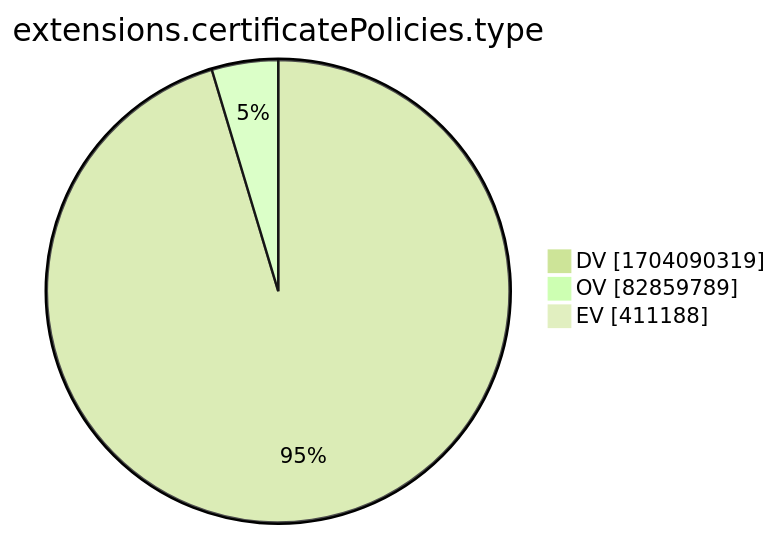
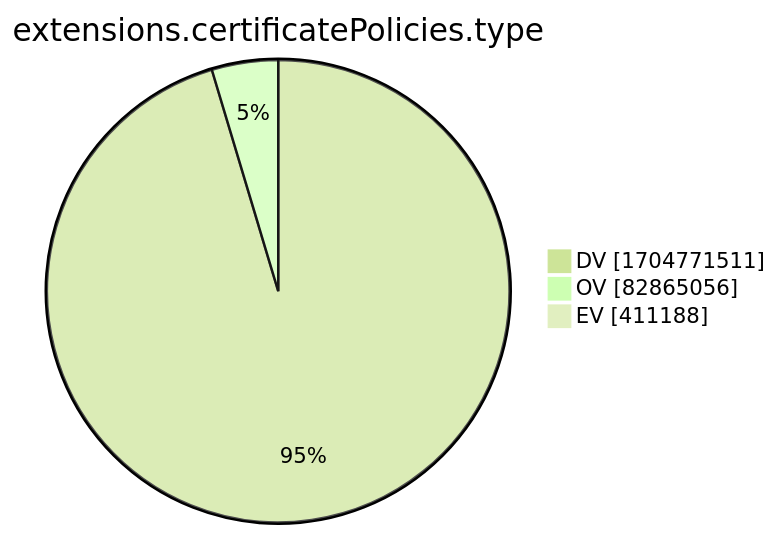
The tenth of 15 diagrams in xenon2022/README.md (christiankrug/ctmonitor_visualization), drawn with Mermaid (forest theme) before and after one commit. The commit also changed other lines of this file, not shown here.

````diff
--- a/xenon2022/README.md
+++ b/xenon2022/README.md
@@ -2881,7 +2881,7 @@
 ```mermaid
 pie showData
 title extensions.certificatePolicies.type
-"DV" :1704090319
-"OV" :82859789
+"DV" :1704771511
+"OV" :82865056
 "EV" :411188
 ```
````
